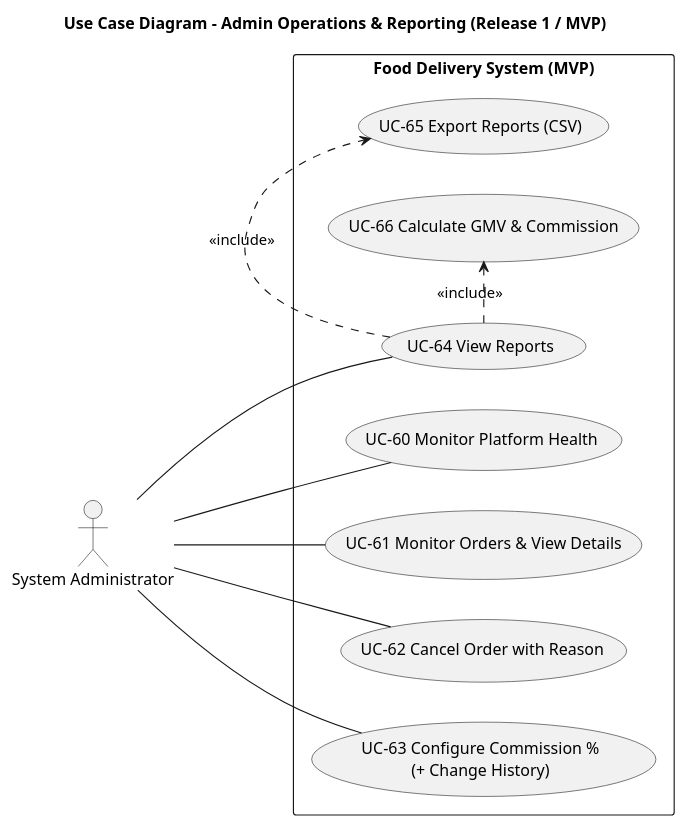
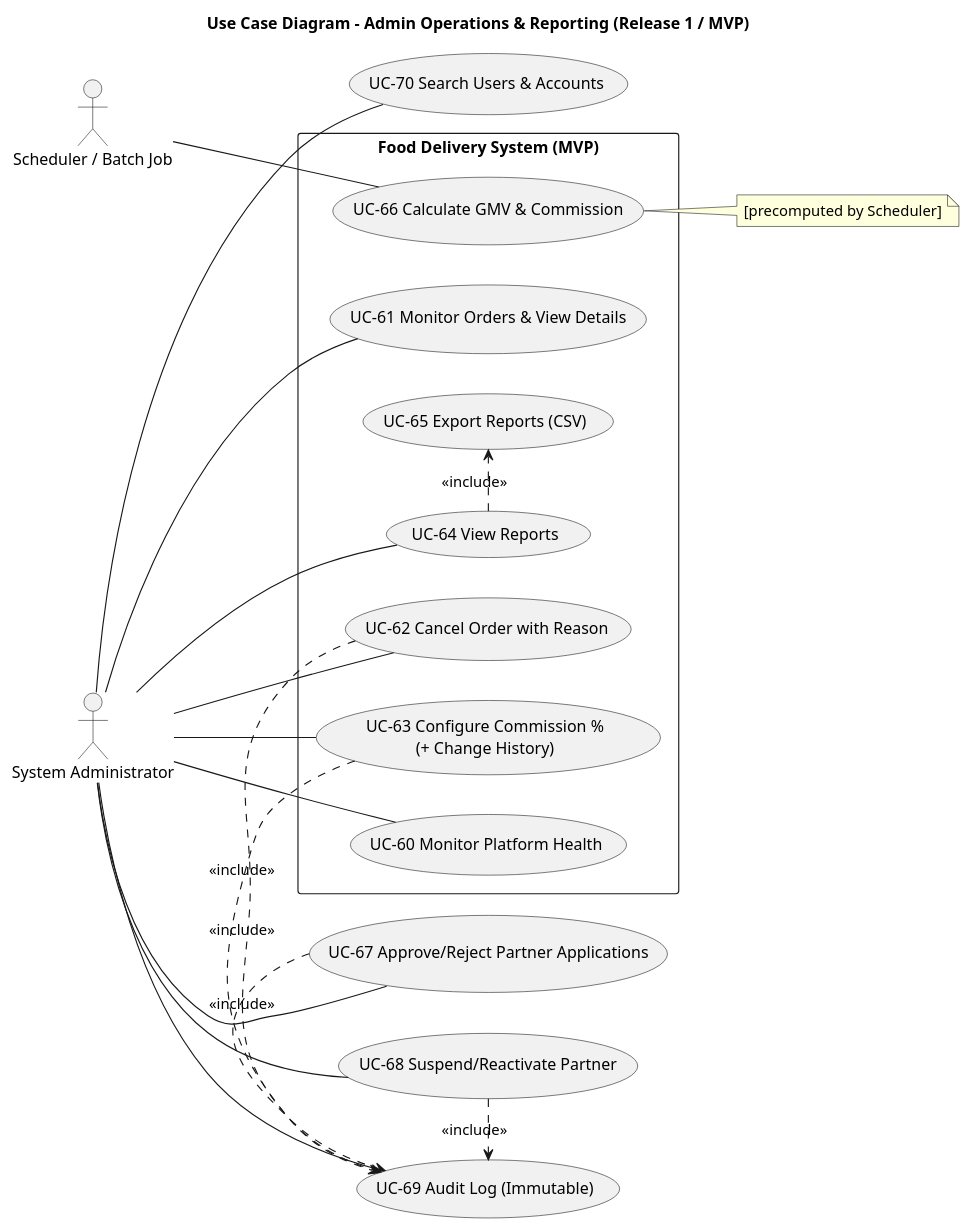
Before and after one commit to luubinhdeptrai/Architecture-FoodDelivery: the diagram in Documents/usecase-diagrams/07-admin-ops-reporting.puml, drawn with PlantUML. The commit also changed 3 other files, not shown here.

```diff
--- a/Documents/usecase-diagrams/07-admin-ops-reporting.puml
+++ b/Documents/usecase-diagrams/07-admin-ops-reporting.puml
@@ -1,31 +1,52 @@
-@startuml
+@startuml admin-ops-reporting
 title Use Case Diagram - Admin Operations & Reporting (Release 1 / MVP)
 
 left to right direction
 skinparam packageStyle rectangle
 skinparam shadowing false
 
 actor "System Administrator" as A_Admin
+actor "Scheduler / Batch Job" as A_Scheduler
 
 rectangle "Food Delivery System (MVP)" as SYS {
   usecase "UC-60 Monitor Platform Health" as UC60
   usecase "UC-61 Monitor Orders & View Details" as UC61
   usecase "UC-62 Cancel Order with Reason" as UC62
 
   usecase "UC-63 Configure Commission %\n(+ Change History)" as UC63
   usecase "UC-64 View Reports" as UC64
   usecase "UC-65 Export Reports (CSV)" as UC65
 
   usecase "UC-66 Calculate GMV & Commission" as UC66
 }
 
 A_Admin -- UC60
 A_Admin -- UC61
 A_Admin -- UC62
 A_Admin -- UC63
 A_Admin -- UC64
 
+usecase "UC-67 Approve/Reject Partner Applications" as UC67
+usecase "UC-68 Suspend/Reactivate Partner" as UC68
+usecase "UC-69 Audit Log (Immutable)" as UC69
+usecase "UC-70 Search Users & Accounts" as UC70
+
+A_Admin -- UC67
+A_Admin -- UC68
+A_Admin -- UC69
+A_Admin -- UC70
+
 UC64 .> UC65 : <<include>>
-UC64 .> UC66 : <<include>>
+
+note right of UC66
+  [precomputed by Scheduler]
+end note
+
+UC62 .> UC69 : <<include>>
+UC63 .> UC69 : <<include>>
+UC67 .> UC69 : <<include>>
+UC68 .> UC69 : <<include>>
+
+A_Scheduler -- UC66
 
 @enduml
```
